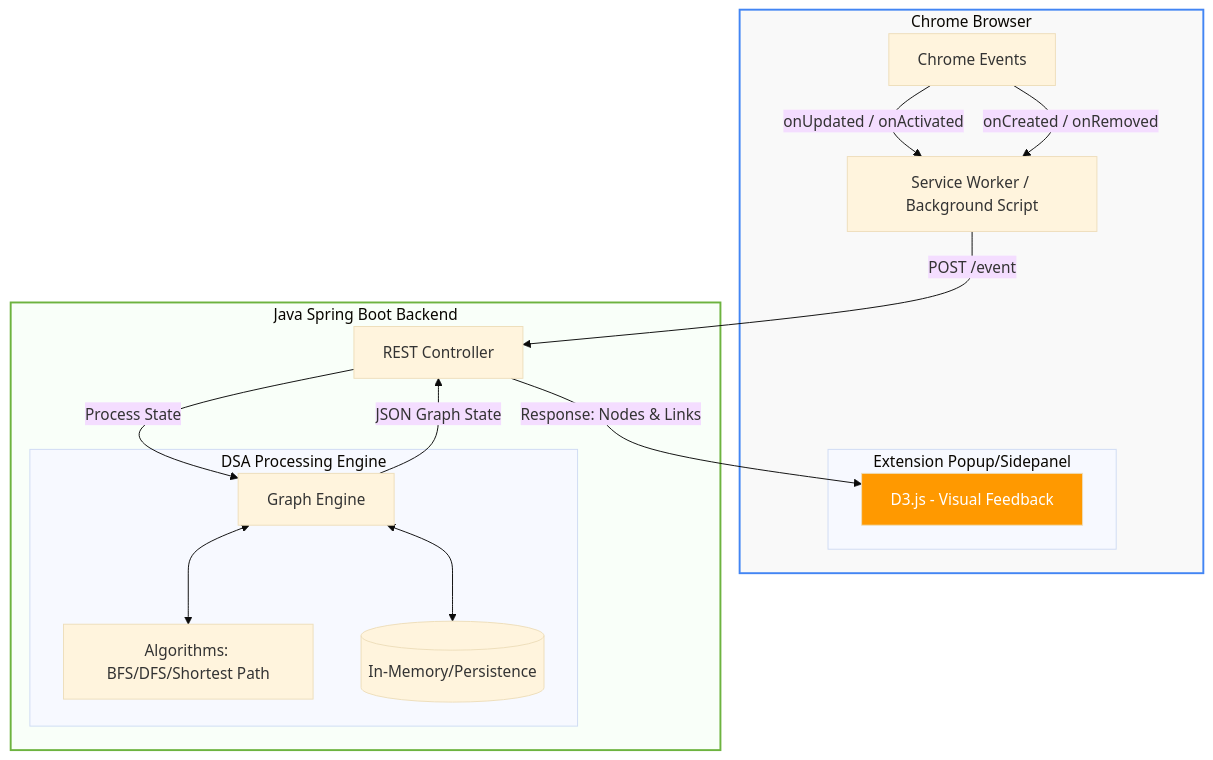
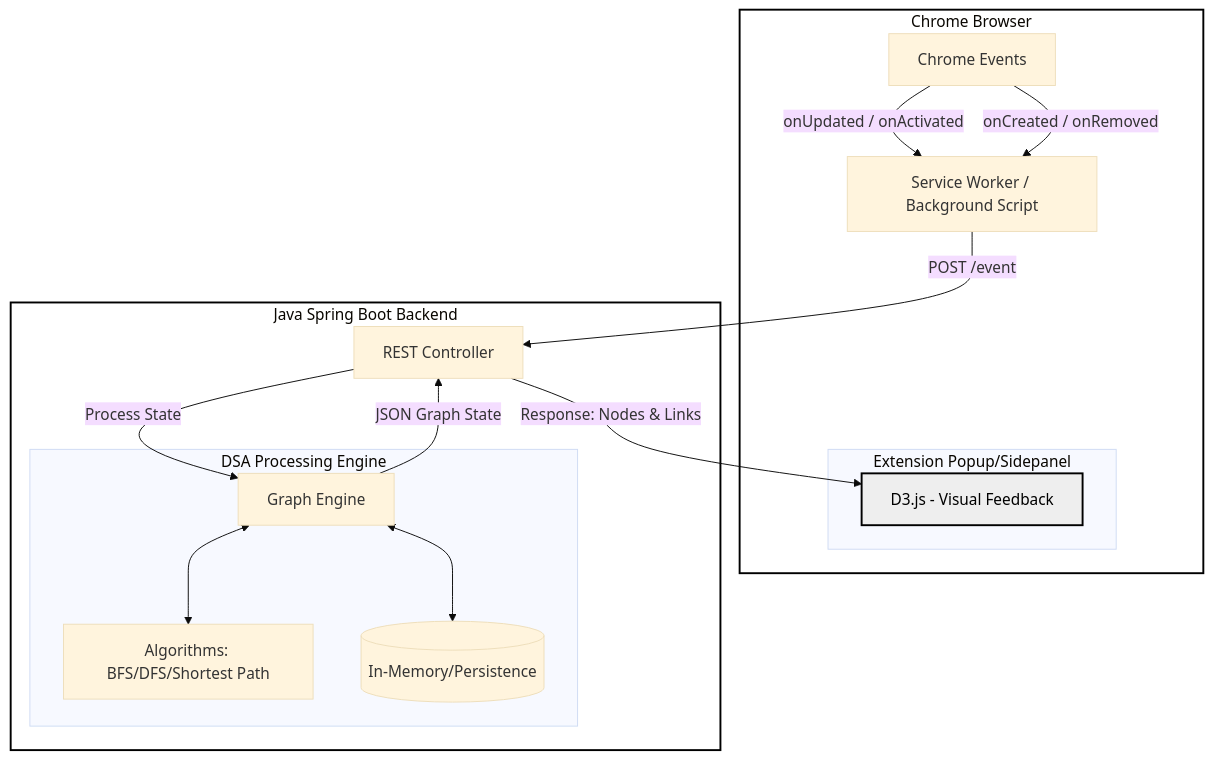
The diagram in README.md (Rohitpatil1304/WebWeave), drawn with Mermaid (base theme) before and after one commit. The commit also changed 1 other file, not shown here.

Commit message:
[docs] added todo.md and changed mermaid theme

````diff
--- a/README.md
+++ b/README.md
@@ -5,35 +5,36 @@
 ```mermaid
 graph TD
     subgraph Browser_Environment ["Chrome Browser"]
         CE[Chrome Events] -->|onUpdated / onActivated| SW[Service Worker / Background Script]
         CE -->|onCreated / onRemoved| SW
         
         subgraph Extension_UI ["Extension Popup/Sidepanel"]
             D3[D3.js - Visual Feedback]
         end
     end
 
     subgraph Backend_Infrastructure ["Java Spring Boot Backend"]
         API[REST Controller]
         
         subgraph Logic_Engine ["DSA Processing Engine"]
             GE[Graph Engine]
             AL[Algorithms: BFS/DFS/Shortest Path]
             DB[(In-Memory/Persistence)]
         end
     end
 
     %% Communication Flow
     SW -->|POST /event| API
     API -->|Process State| GE
     GE <--> AL
     GE <--> DB
     GE -->|JSON Graph State| API
     API -->|Response: Nodes & Links| D3
     
 
-    %% Styling
-    style Browser_Environment fill:#f9f9f9,stroke:#4285F4,stroke-width:2px
-    style Backend_Infrastructure fill:#f9fff9,stroke:#6db33f,stroke-width:2px
-    style D3 fill:#ff9900,color:#fff
+
+%% Styling for Black and White
+style Browser_Environment fill:#ffffff,stroke:#000000,stroke-width:2px
+style Backend_Infrastructure fill:#ffffff,stroke:#000000,stroke-width:2px
+style D3 fill:#eeeeee,stroke:#000000,color:#000,stroke-width:2px
 ```
````
